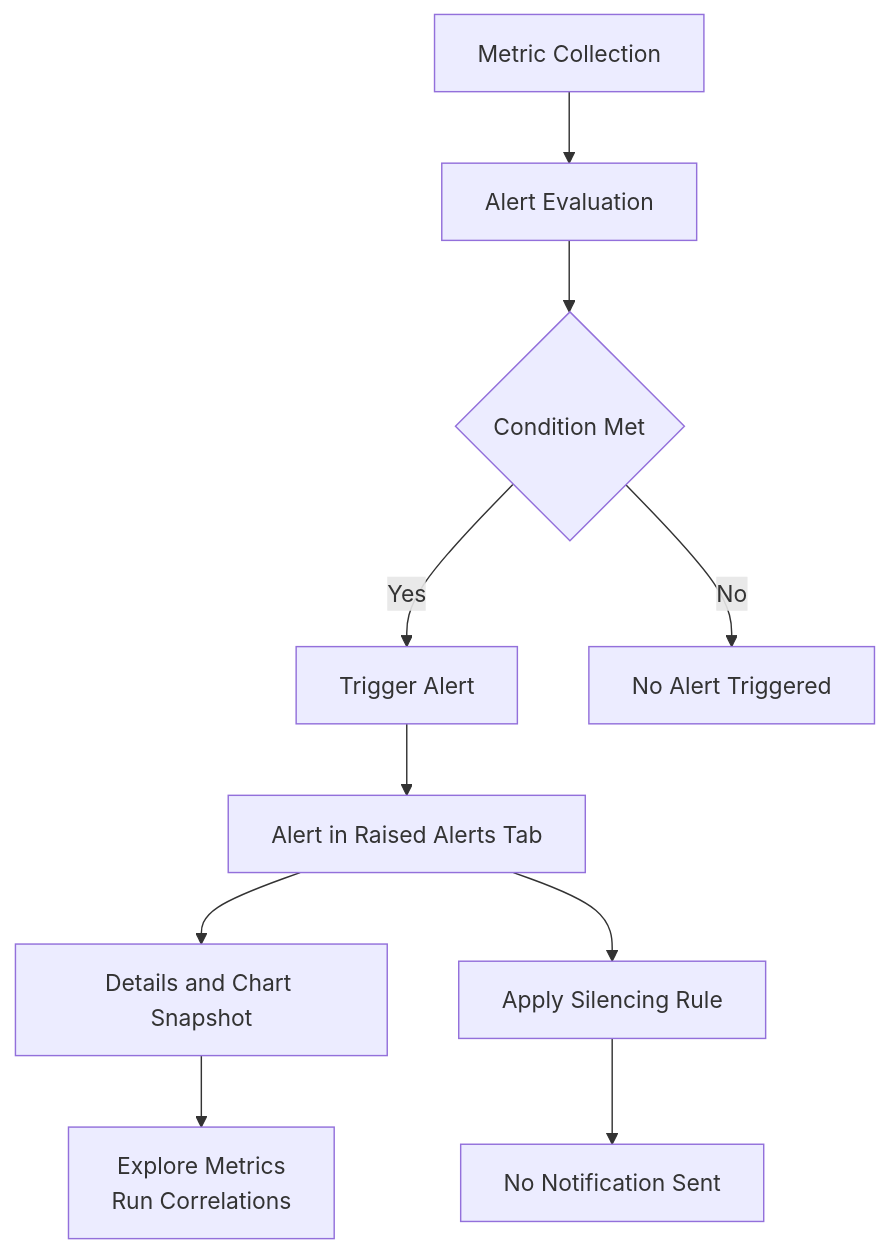
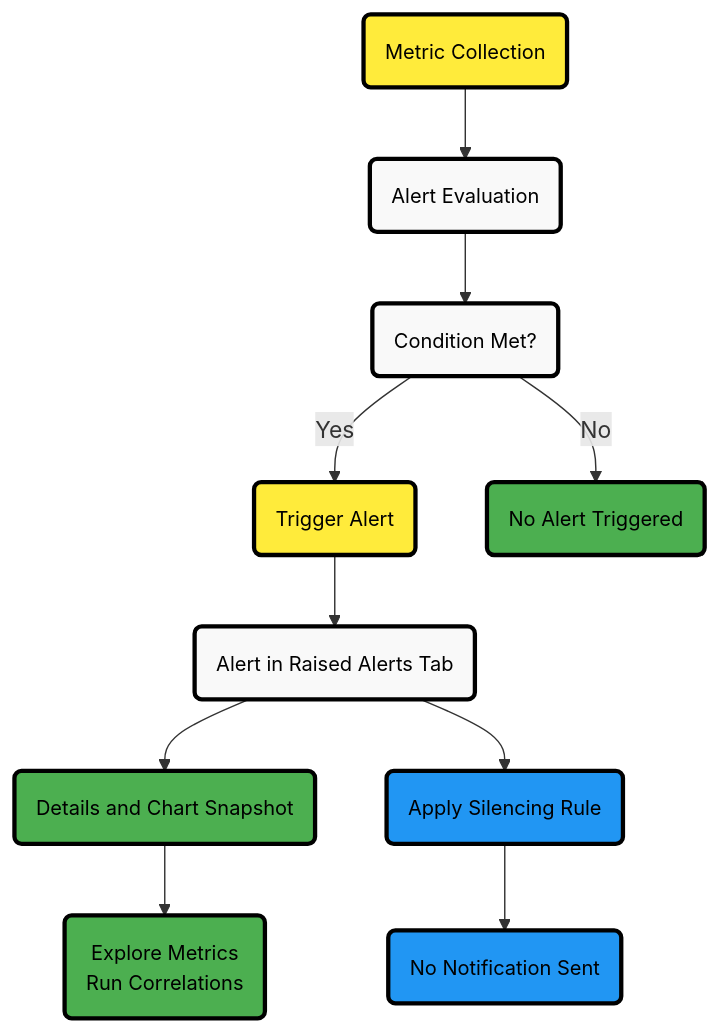
One commit to netdata/netdata changed the diagram in docs/dashboards-and-charts/alerts-tab.md. Above: the diagram before and after it, drawn with Mermaid. The commit also changed other lines of this file and 21 other files, not shown here.

Commit message:
Fix Mermaid diagrams across multiple files

````diff
--- a/docs/dashboards-and-charts/alerts-tab.md
+++ b/docs/dashboards-and-charts/alerts-tab.md
@@ -121,12 +108,24 @@
 ```mermaid
-graph TD
-    A[Metric Collection] --> B[Alert Evaluation]
-    B --> C{Condition Met}
-    C -- Yes --> D[Trigger Alert]
-    D --> E[Alert in Raised Alerts Tab]
-    E --> F[Details and Chart Snapshot]
-    E --> G[Apply Silencing Rule]
-    F --> H[Explore Metrics<br/>Run Correlations]
-    G --> I[No Notification Sent]
-    C -- No --> J[No Alert Triggered]
+flowchart TD
+    A("Metric Collection") --> B("Alert Evaluation")
+    B --> C("Condition Met?")
+    C -->|"Yes"| D("Trigger Alert")
+    C -->|"No"| J("No Alert Triggered")
+    D --> E("Alert in Raised Alerts Tab")
+    E --> F("Details and Chart Snapshot")
+    E --> G("Apply Silencing Rule")
+    F --> H("Explore Metrics<br/>Run Correlations")
+    G --> I("No Notification Sent")
+    
+    %% Style definitions
+    classDef alert fill:#ffeb3b,stroke:#000000,stroke-width:3px,color:#000000,font-size:14px
+    classDef neutral fill:#f9f9f9,stroke:#000000,stroke-width:3px,color:#000000,font-size:14px
+    classDef complete fill:#4caf50,stroke:#000000,stroke-width:3px,color:#000000,font-size:14px
+    classDef database fill:#2196F3,stroke:#000000,stroke-width:3px,color:#000000,font-size:14px
+
+    %% Apply styles
+    class A,D alert
+    class B,C,E neutral
+    class F,H,J complete
+    class G,I database
 ```
````
